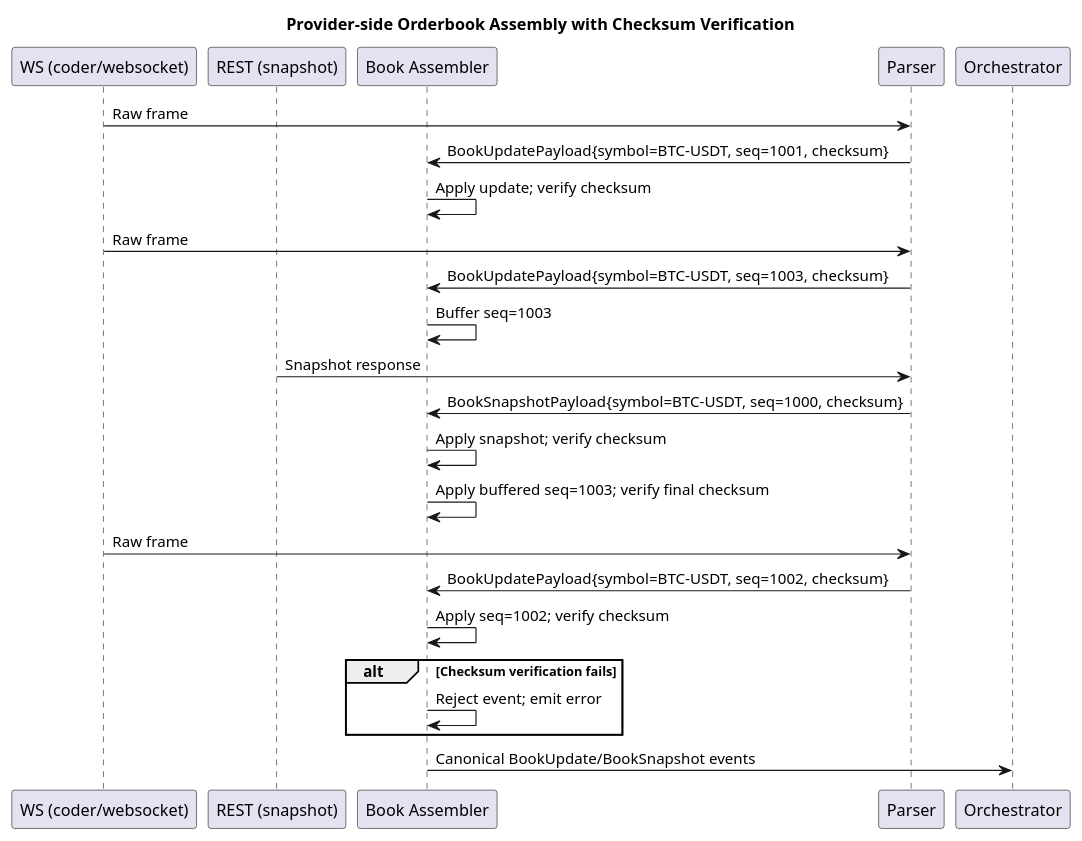
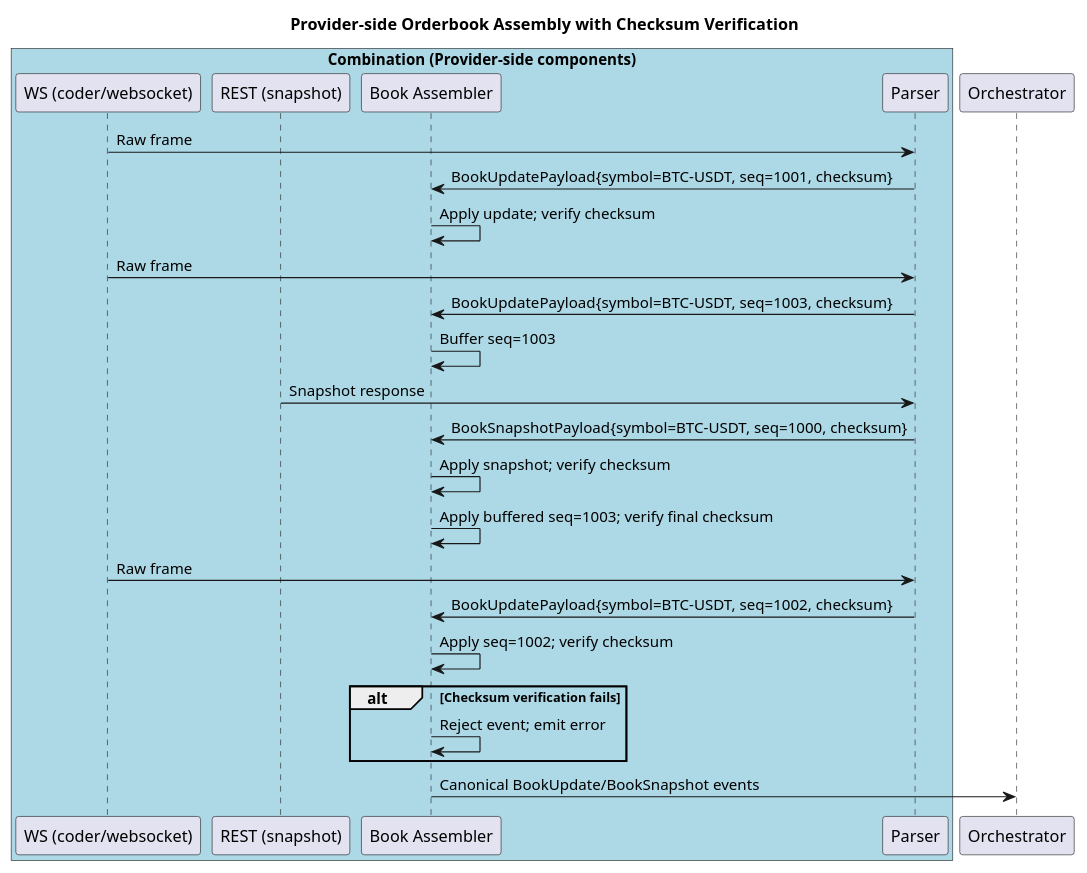
One commit to coachpo/meltica changed the diagram in docs/diagrams/orderbook-assembly-seq.puml. Above: the diagram before and after it, drawn with PlantUML.

```diff
--- a/docs/diagrams/orderbook-assembly-seq.puml
+++ b/docs/diagrams/orderbook-assembly-seq.puml
@@ -1,27 +1,35 @@
 @startuml
 title Provider-side Orderbook Assembly with Checksum Verification
 
-participant "WS (coder/websocket)" as WS
-participant "REST (snapshot)" as REST
-participant "Book Assembler" as BA
-participant "Parser" as Parser
+box "Combination (Provider-side components)" #LightBlue
+  participant "WS (coder/websocket)" as WS
+  participant "REST (snapshot)" as REST
+  participant "Book Assembler" as BA
+  participant "Parser" as Parser
+end box
+
 participant "Orchestrator" as Orc
 
 WS -> Parser : Raw frame
 Parser -> BA : BookUpdatePayload{symbol=BTC-USDT, seq=1001, checksum}
 BA -> BA : Apply update; verify checksum
-WS -> Parser : Raw frame  
+
+WS -> Parser : Raw frame
 Parser -> BA : BookUpdatePayload{symbol=BTC-USDT, seq=1003, checksum}
 BA -> BA : Buffer seq=1003
+
 REST -> Parser : Snapshot response
 Parser -> BA : BookSnapshotPayload{symbol=BTC-USDT, seq=1000, checksum}
 BA -> BA : Apply snapshot; verify checksum
 BA -> BA : Apply buffered seq=1003; verify final checksum
+
 WS -> Parser : Raw frame
 Parser -> BA : BookUpdatePayload{symbol=BTC-USDT, seq=1002, checksum}
 BA -> BA : Apply seq=1002; verify checksum
+
 alt Checksum verification fails
   BA -> BA : Reject event; emit error
 end
+
 BA -> Orc : Canonical BookUpdate/BookSnapshot events
 @enduml
```
